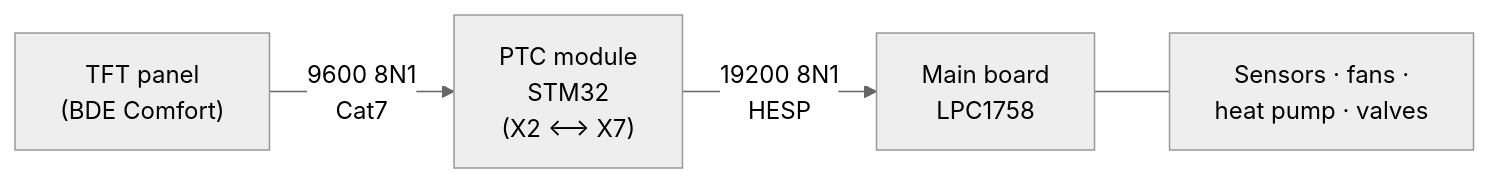
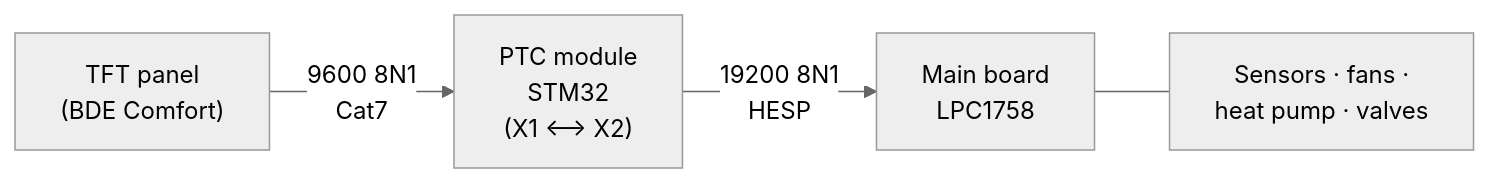
Before and after one commit to markusmauch/proxon-hesp: the diagram in docs/index.en.md, drawn with Mermaid (neutral theme). The commit also changed other lines of this file and 6 other files, not shown here.

First line of the commit message:
Anlage: Kabelweg korrigiert (BDE an PTC-X1, PTC-X2 an X6, X7 ab Werk frei), Messanleitung und Fotos

````diff
--- a/docs/index.en.md
+++ b/docs/index.en.md
@@ -26,6 +27,6 @@
 ```mermaid
 flowchart LR
-    BDE["TFT panel<br/>(BDE Comfort)"] -->|9600 8N1<br/>Cat7| PTC["PTC module<br/>STM32<br/>(X2 ⟷ X7)"]
+    BDE["TFT panel<br/>(BDE Comfort)"] -->|9600 8N1<br/>Cat7| PTC["PTC module<br/>STM32<br/>(X1 ⟷ X2)"]
     PTC -->|19200 8N1<br/>HESP| LPC["Main board<br/>LPC1758"]
     LPC --- SENS["Sensors · fans ·<br/>heat pump · valves"]
 ```
````
